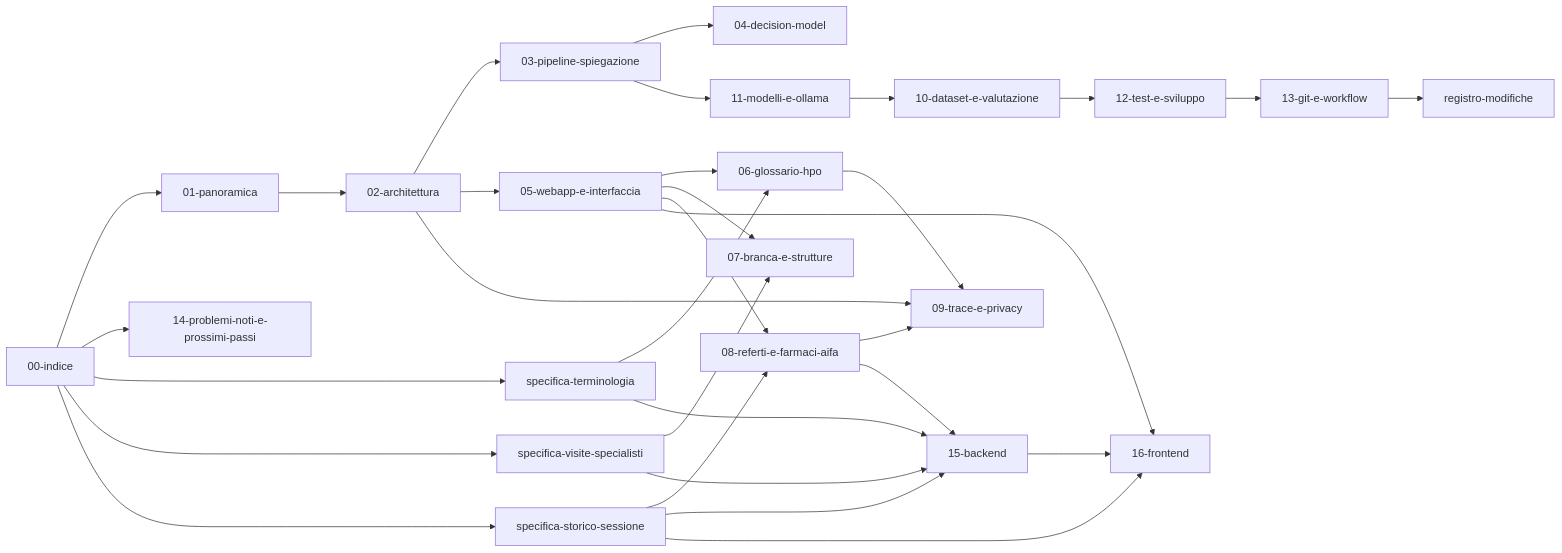
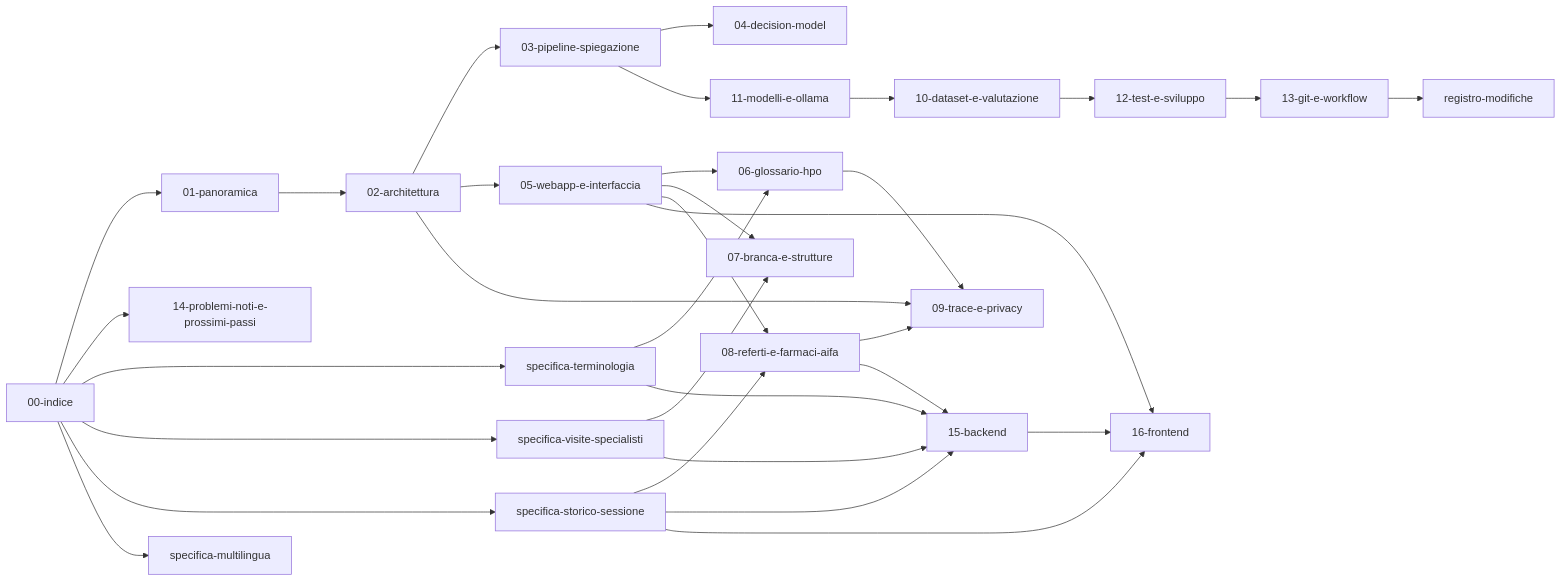
The diagram in docs/00-indice.md (Andreaioele/Referto), drawn with Mermaid before and after one commit. The commit also changed other lines of this file and 36 other files, not shown here.

````diff
--- a/docs/00-indice.md
+++ b/docs/00-indice.md
@@ -51,33 +51,34 @@
 ```mermaid
 graph LR
   indice[00-indice] --> panoramica[01-panoramica]
   panoramica --> architettura[02-architettura]
   architettura --> pipeline[03-pipeline-spiegazione]
   pipeline --> decision[04-decision-model]
   architettura --> webapp[05-webapp-e-interfaccia]
   webapp --> glossario[06-glossario-hpo]
   webapp --> strutture[07-branca-e-strutture]
   webapp --> farmaci[08-referti-e-farmaci-aifa]
   farmaci --> trace[09-trace-e-privacy]
   farmaci --> backend[15-backend]
   backend --> frontend[16-frontend]
   webapp --> frontend
   glossario --> trace
   architettura --> trace
   pipeline --> modelli[11-modelli-e-ollama]
   modelli --> dataset[10-dataset-e-valutazione]
   dataset --> test[12-test-e-sviluppo]
   test --> git[13-git-e-workflow]
   git --> registro[registro-modifiche]
   indice --> problemi[14-problemi-noti-e-prossimi-passi]
   indice --> specTerminologia[specifica-terminologia]
   indice --> specVisite[specifica-visite-specialisti]
   indice --> specStorico[specifica-storico-sessione]
+  indice --> specLingua[specifica-multilingua]
   specTerminologia --> glossario
   specTerminologia --> backend
   specVisite --> strutture
   specVisite --> backend
   specStorico --> farmaci
   specStorico --> backend
   specStorico --> frontend
 ```
````
